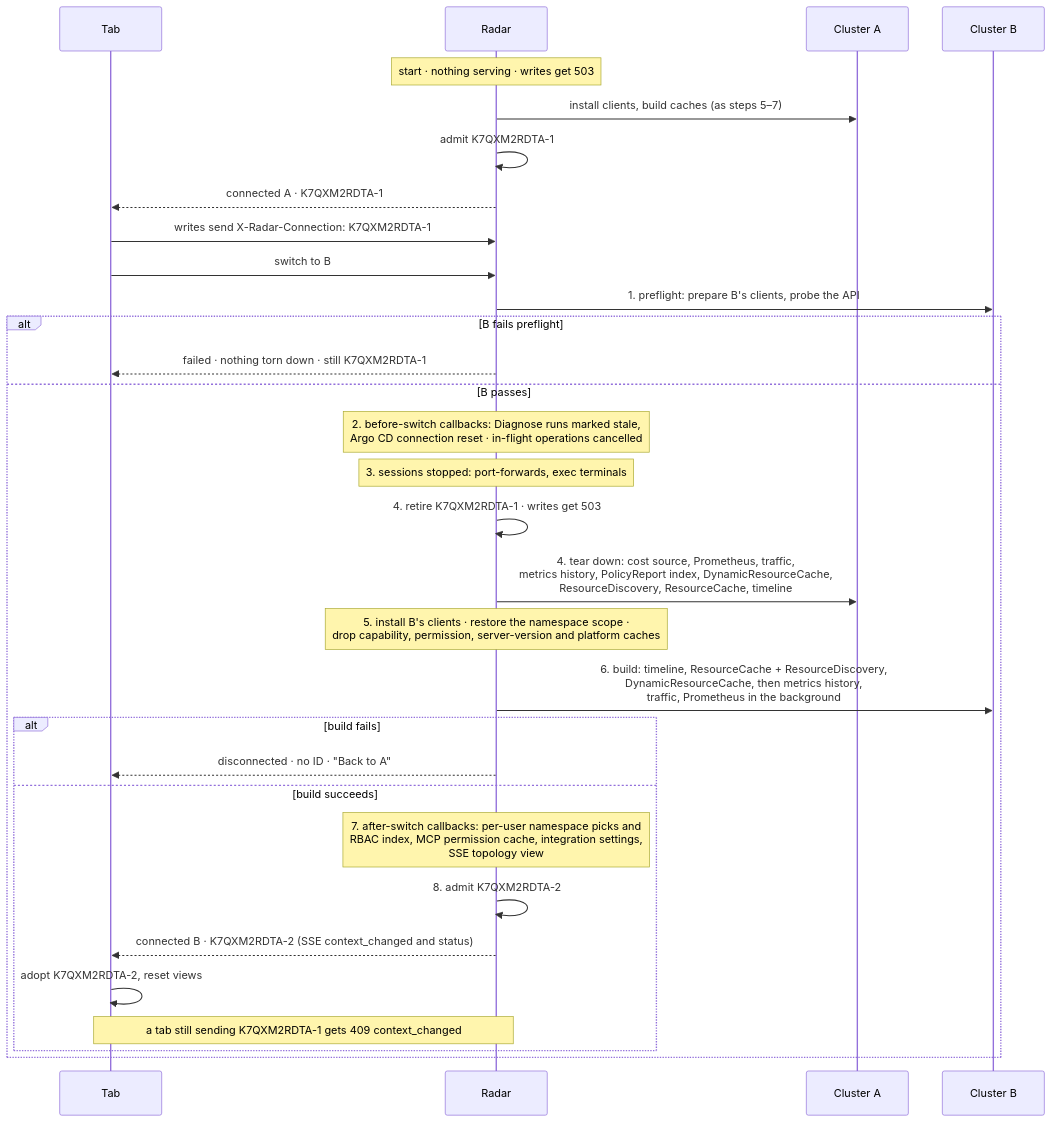
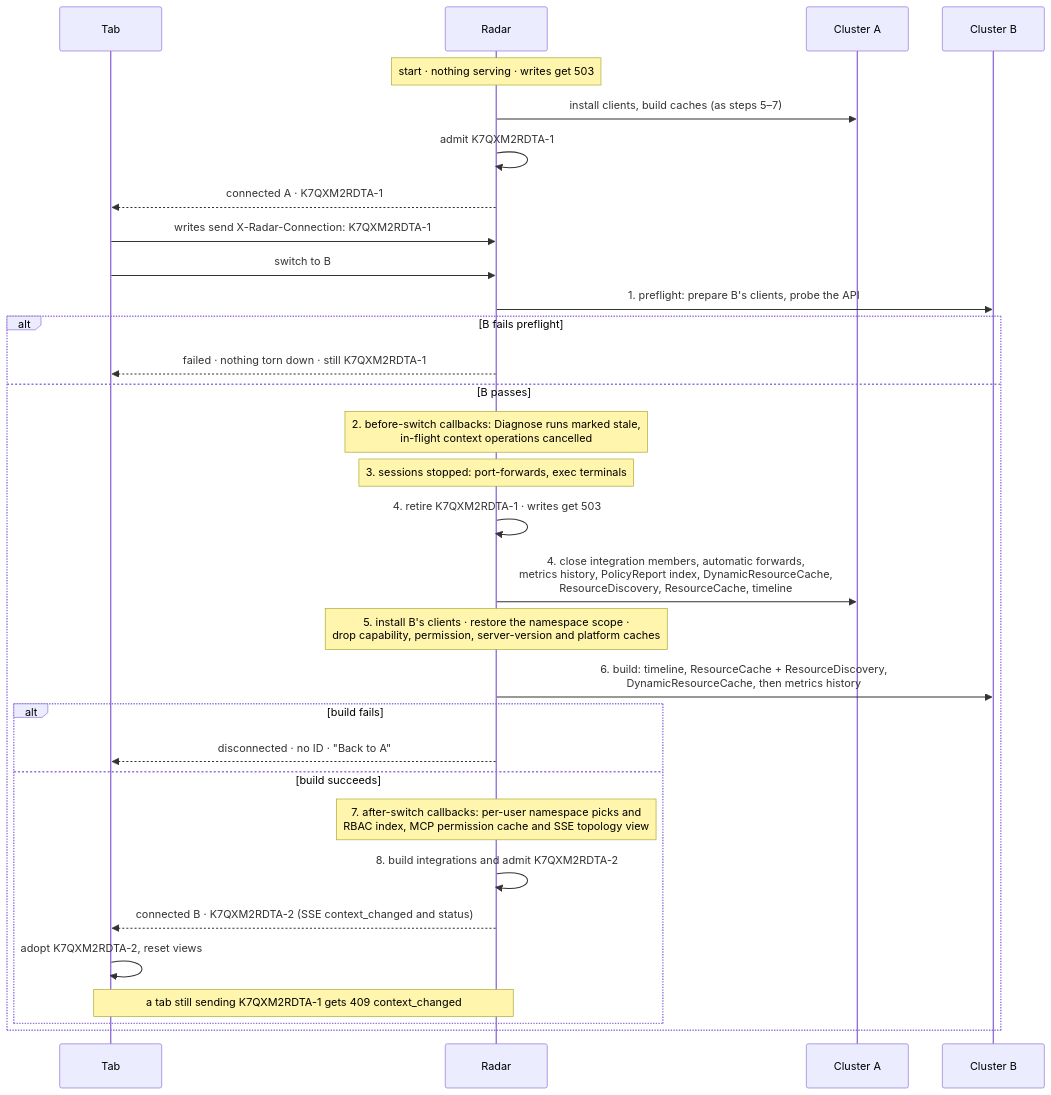
One commit to skyhook-io/radar changed the diagram in docs/connection-lifecycle.md. Above: the diagram before and after it, drawn with Mermaid. The commit also changed other lines of this file and 132 other files, not shown here.

Commit message:
Own integration members on the serving connection

````diff
--- a/docs/connection-lifecycle.md
+++ b/docs/connection-lifecycle.md
@@ -32,33 +32,33 @@
 ```mermaid
 sequenceDiagram
   participant Tab
   participant Radar
   participant A as Cluster A
   participant B as Cluster B
   Note over Radar: start · nothing serving · writes get 503
   Radar->>A: install clients, build caches (as steps 5–7)
   Radar->>Radar: admit K7QXM2RDTA-1
   Radar-->>Tab: connected A · K7QXM2RDTA-1
   Tab->>Radar: writes send X-Radar-Connection: K7QXM2RDTA-1
   Tab->>Radar: switch to B
   Radar->>B: 1. preflight: prepare B's clients, probe the API
   alt B fails preflight
     Radar-->>Tab: failed · nothing torn down · still K7QXM2RDTA-1
   else B passes
-    Note over Radar: 2. before-switch callbacks: Diagnose runs marked stale,<br/>Argo CD connection reset · in-flight operations cancelled
+    Note over Radar: 2. before-switch callbacks: Diagnose runs marked stale,<br/>in-flight context operations cancelled
     Note over Radar: 3. sessions stopped: port-forwards, exec terminals
     Radar->>Radar: 4. retire K7QXM2RDTA-1 · writes get 503
-    Radar->>A: 4. tear down: cost source, Prometheus, traffic,<br/>metrics history, PolicyReport index, DynamicResourceCache,<br/>ResourceDiscovery, ResourceCache, timeline
+    Radar->>A: 4. close integration members, automatic forwards,<br/>metrics history, PolicyReport index, DynamicResourceCache,<br/>ResourceDiscovery, ResourceCache, timeline
     Note over Radar: 5. install B's clients · restore the namespace scope ·<br/>drop capability, permission, server-version and platform caches
-    Radar->>B: 6. build: timeline, ResourceCache + ResourceDiscovery,<br/>DynamicResourceCache, then metrics history,<br/>traffic, Prometheus in the background
+    Radar->>B: 6. build: timeline, ResourceCache + ResourceDiscovery,<br/>DynamicResourceCache, then metrics history
     alt build fails
       Radar-->>Tab: disconnected · no ID · "Back to A"
     else build succeeds
-      Note over Radar: 7. after-switch callbacks: per-user namespace picks and<br/>RBAC index, MCP permission cache, integration settings,<br/>SSE topology view
-      Radar->>Radar: 8. admit K7QXM2RDTA-2
+      Note over Radar: 7. after-switch callbacks: per-user namespace picks and<br/>RBAC index, MCP permission cache and SSE topology view
+      Radar->>Radar: 8. build integrations and admit K7QXM2RDTA-2
       Radar-->>Tab: connected B · K7QXM2RDTA-2 (SSE context_changed and status)
       Tab->>Tab: adopt K7QXM2RDTA-2, reset views
       Note over Tab,Radar: a tab still sending K7QXM2RDTA-1 gets 409 context_changed
     end
   end
 ```
````
